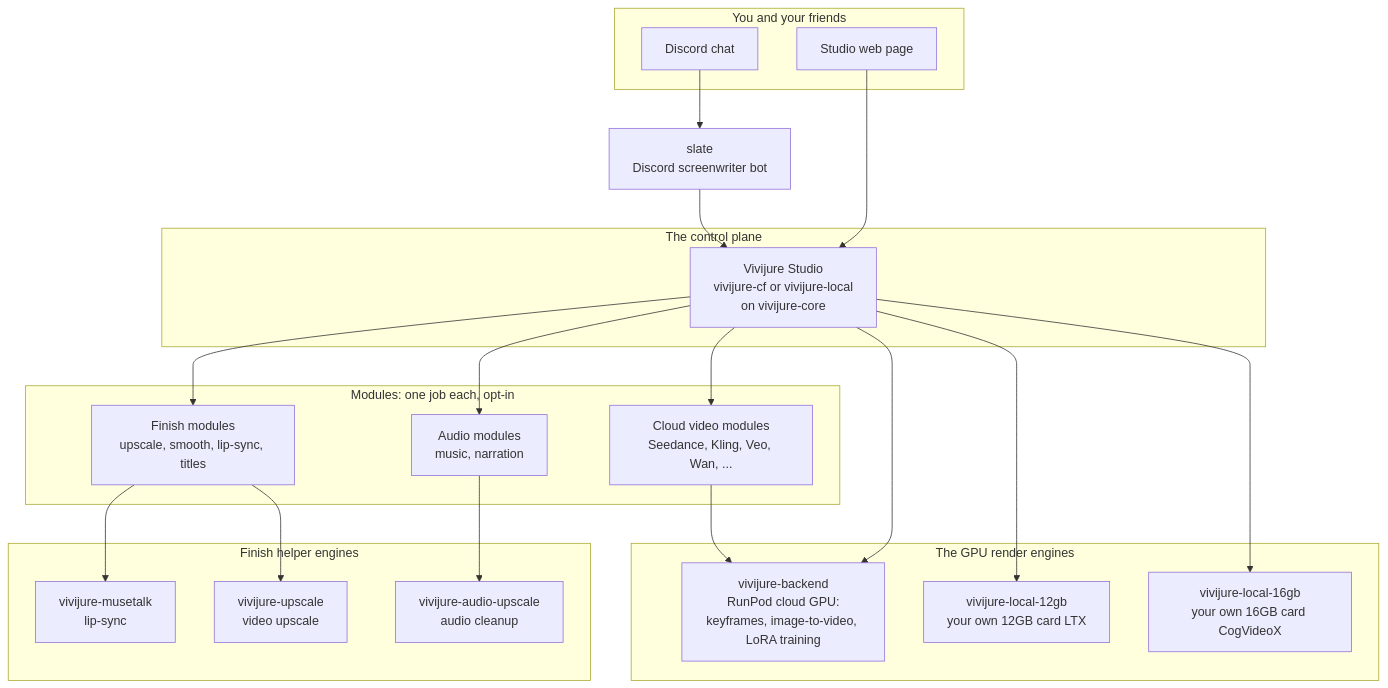
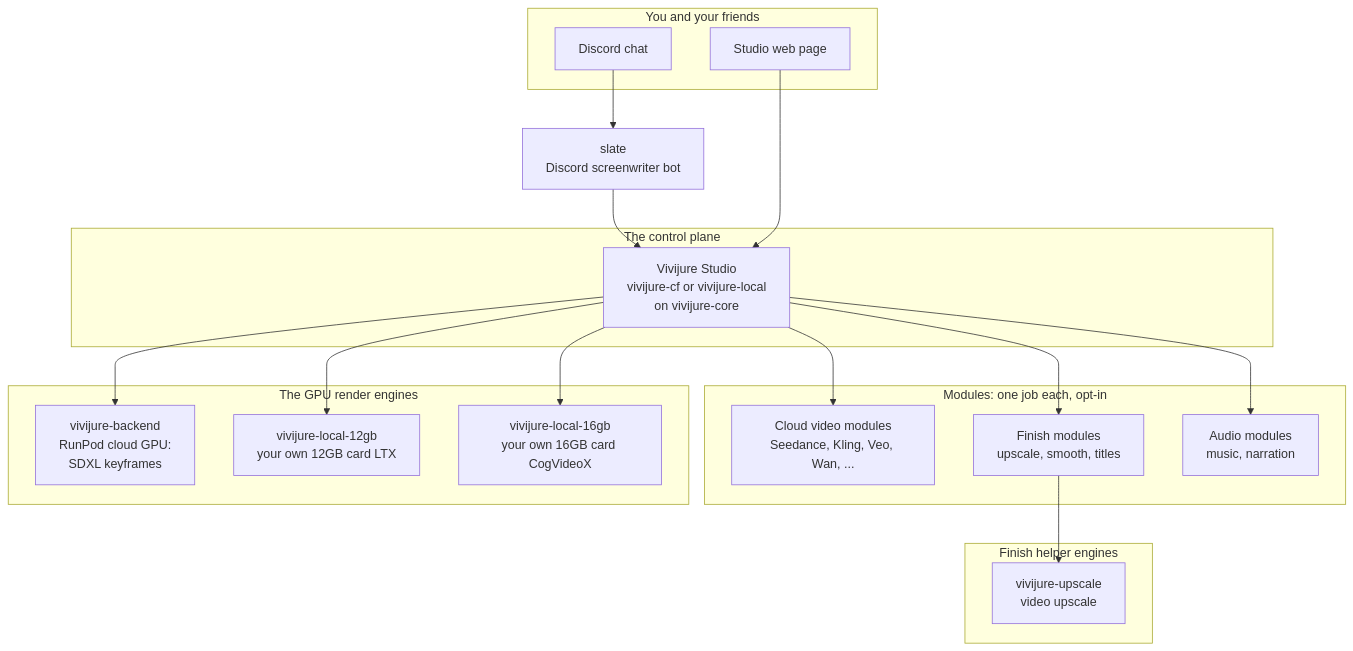
One commit to skyphusion-labs/vivijure-local-16gb changed the diagram in README.md. Above: the diagram before and after it, drawn with Mermaid. The commit also changed other lines of this file and 5 other files, not shown here.

````diff
--- a/README.md
+++ b/README.md
@@ -50,45 +49,40 @@
 ```mermaid
 flowchart TD
     subgraph front[You and your friends]
         discord[Discord chat]
         ui[Studio web page]
     end
 
     slate[slate<br/>Discord screenwriter bot]
 
     subgraph core[The control plane]
         studio[Vivijure Studio<br/>vivijure-cf or vivijure-local<br/>on vivijure-core]
     end
 
     subgraph modules[Modules: one job each, opt-in]
         cloudmods[Cloud video modules<br/>Seedance, Kling, Veo, Wan, ...]
-        finishmods[Finish modules<br/>upscale, smooth, lip-sync, titles]
+        finishmods[Finish modules<br/>upscale, smooth, titles]
         audiomods[Audio modules<br/>music, narration]
     end
 
     subgraph gpu[The GPU render engines]
-        backend[vivijure-backend<br/>RunPod cloud GPU:<br/>keyframes, image-to-video, LoRA training]
+        backend[vivijure-backend<br/>RunPod cloud GPU:<br/>SDXL keyframes]
         local12[vivijure-local-12gb<br/>your own 12GB card LTX]
         local16[vivijure-local-16gb<br/>your own 16GB card CogVideoX]
     end
 
     subgraph finish[Finish helper engines]
-        musetalk[vivijure-musetalk<br/>lip-sync]
         upscale[vivijure-upscale<br/>video upscale]
-        audioup[vivijure-audio-upscale<br/>audio cleanup]
     end
 
     discord --> slate
     slate --> studio
     ui --> studio
     studio --> cloudmods
     studio --> finishmods
     studio --> audiomods
-    cloudmods --> backend
-    finishmods --> musetalk
     finishmods --> upscale
-    audiomods --> audioup
     studio --> backend
     studio --> local12
     studio --> local16
 ```
````
